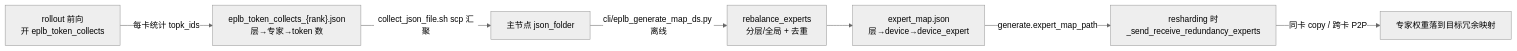
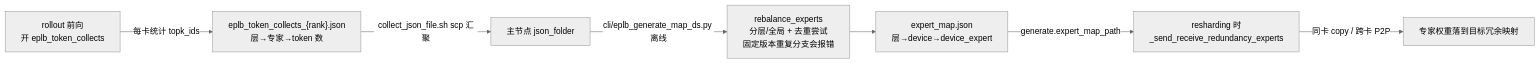
One commit to Atlas-Ascend-Fork/cannbot-knowledge changed the diagram in knowledge/model/training/concepts/techniques/eplb.md. Above: the diagram before and after it, drawn with Mermaid (neutral theme). The commit also changed other lines of this file and 441 other files, not shown here.

````diff
--- a/knowledge/model/training/concepts/techniques/eplb.md
+++ b/knowledge/model/training/concepts/techniques/eplb.md
@@ -124,9 +119,9 @@
 ```mermaid
 flowchart LR
     A["rollout 前向<br/>开 eplb_token_collects"] -->|每卡统计 topk_ids| B["eplb_token_collects_{rank}.json<br/>层→专家→token 数"]
     B -->|collect_json_file.sh scp 汇聚| C["主节点 json_folder"]
-    C -->|cli/eplb_generate_map_ds.py 离线| D["rebalance_experts<br/>分层/全局 + 去重"]
+    C -->|cli/eplb_generate_map_ds.py 离线| D["rebalance_experts<br/>分层/全局 + 去重尝试<br/>固定版本重复分支会报错"]
     D --> E["expert_map.json<br/>层→device→device_expert"]
     E -->|generate.expert_map_path| F["resharding 时<br/>_send_receive_redundancy_experts"]
     F -->|同卡 copy / 跨卡 P2P| G["专家权重落到目标冗余映射"]
 ```
````
